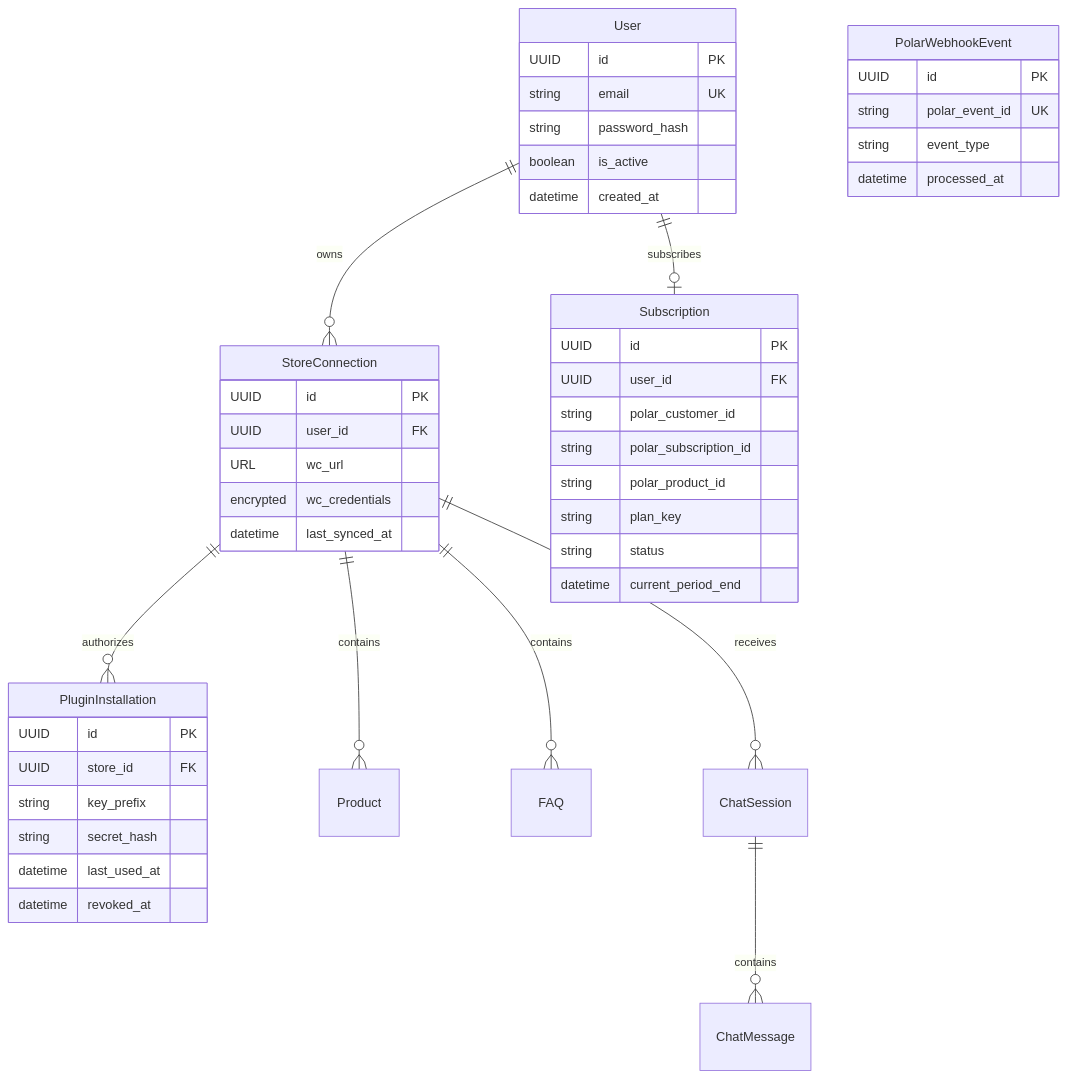
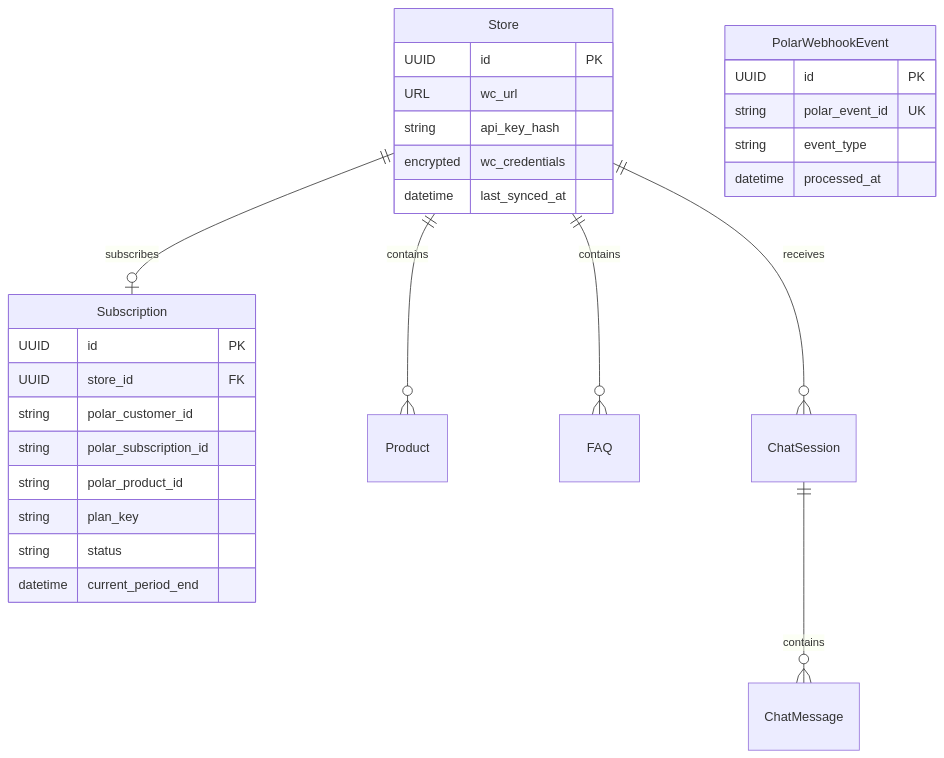
Before and after one commit to aji-pratama/woocs: the third of 8 diagrams in _docs/architecture.md, drawn with Mermaid. The commit also changed other lines of this file and 37 other files, not shown here.

Commit message:
feat: implement subscription-based access control via new billing module and integrate with existing store and chat services.

````diff
--- a/_docs/architecture.md
+++ b/_docs/architecture.md
@@ -139,49 +132,32 @@
 ```mermaid
 erDiagram
-    User ||--o{ StoreConnection : owns
-    User ||--o| Subscription : subscribes
-    StoreConnection ||--o{ PluginInstallation : authorizes
-    StoreConnection ||--o{ Product : contains
-    StoreConnection ||--o{ FAQ : contains
-    StoreConnection ||--o{ ChatSession : receives
+    Store ||--o| Subscription : subscribes
+    Store ||--o{ Product : contains
+    Store ||--o{ FAQ : contains
+    Store ||--o{ ChatSession : receives
     ChatSession ||--o{ ChatMessage : contains
 
-    User {
+    Store {
         UUID id PK
-        string email UK
-        string password_hash
-        boolean is_active
-        datetime created_at
-    }
-    StoreConnection {
-        UUID id PK
-        UUID user_id FK
         URL wc_url
+        string api_key_hash
         encrypted wc_credentials
         datetime last_synced_at
     }
-    PluginInstallation {
+    Subscription {
         UUID id PK
         UUID store_id FK
-        string key_prefix
-        string secret_hash
-        datetime last_used_at
-        datetime revoked_at
-    }
-    Subscription {
-        UUID id PK
-        UUID user_id FK
         string polar_customer_id
         string polar_subscription_id
         string polar_product_id
         string plan_key
         string status
         datetime current_period_end
     }
     PolarWebhookEvent {
         UUID id PK
         string polar_event_id UK
         string event_type
         datetime processed_at
     }
 ```
````
